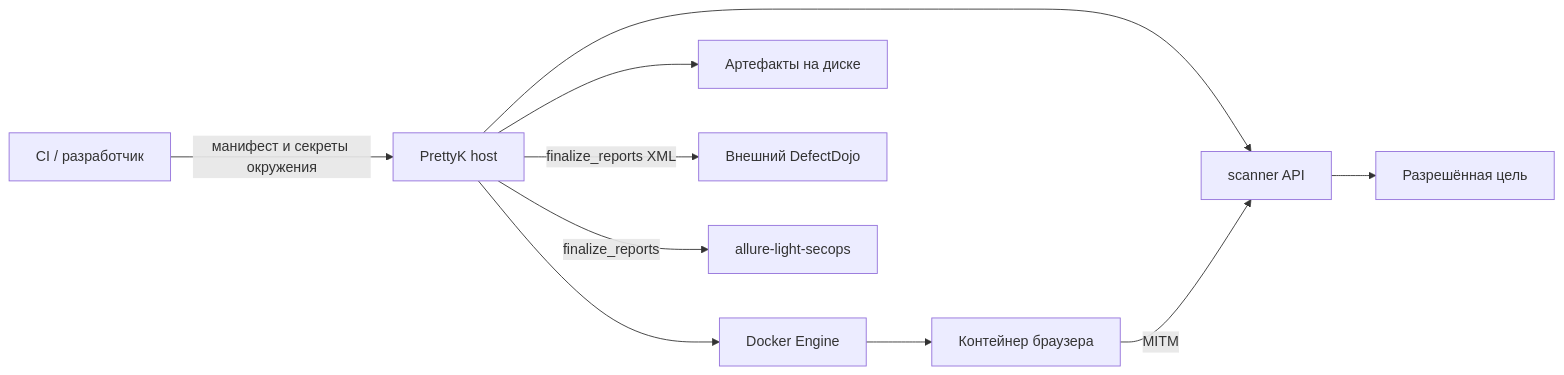
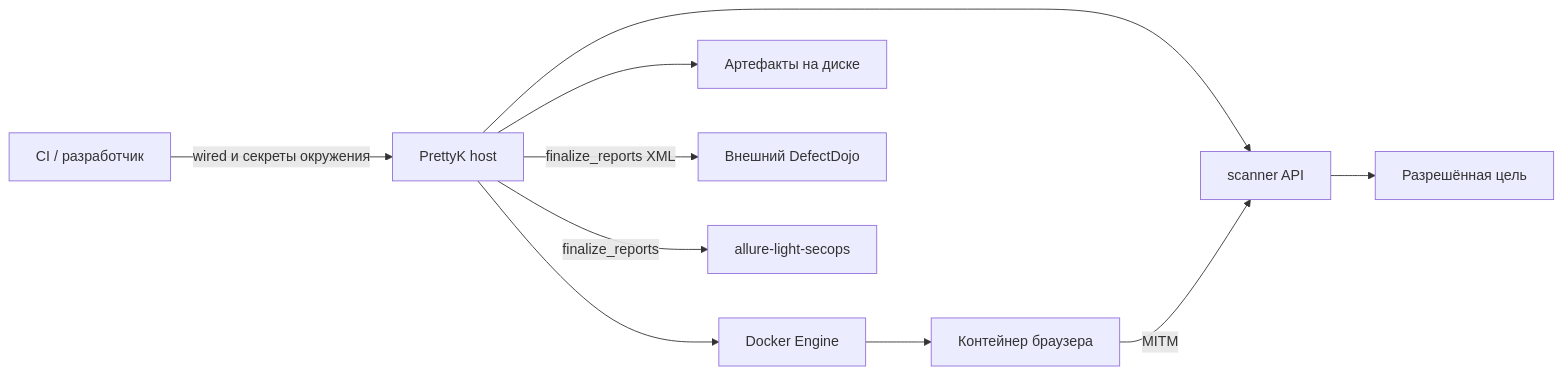
The third of 3 diagrams in docs/prettyk.md (prettyk-io/prettyk-secops), drawn with Mermaid before and after one commit. The commit also changed other lines of this file and 138 other files, not shown here.

````diff
--- a/docs/prettyk.md
+++ b/docs/prettyk.md
@@ -274,12 +282,12 @@
 ```mermaid
 flowchart LR
-  CI[CI / разработчик] -->|манифест и секреты окружения| Host[PrettyK host]
+  CI[CI / разработчик] -->|wired и секреты окружения| Host[PrettyK host]
   Host --> Docker[Docker Engine]
   Docker --> Browser[Контейнер браузера]
   Host --> scanner[scanner API]
   Browser -->|MITM| scanner
   scanner --> Target[Разрешённая цель]
   Host --> Artifacts[Артефакты на диске]
   Host -->|finalize_reports XML| Dojo[Внешний DefectDojo]
   Host -->|finalize_reports| AllureLite[allure-light-secops]
 ```
````
